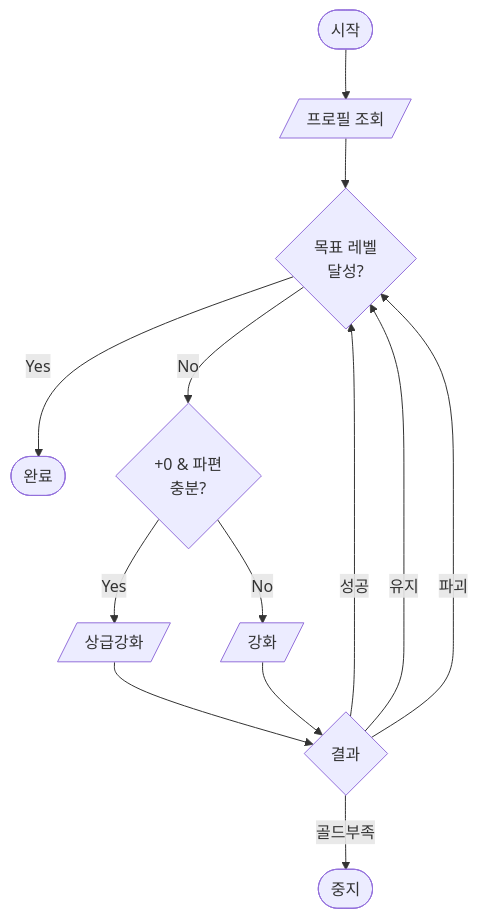
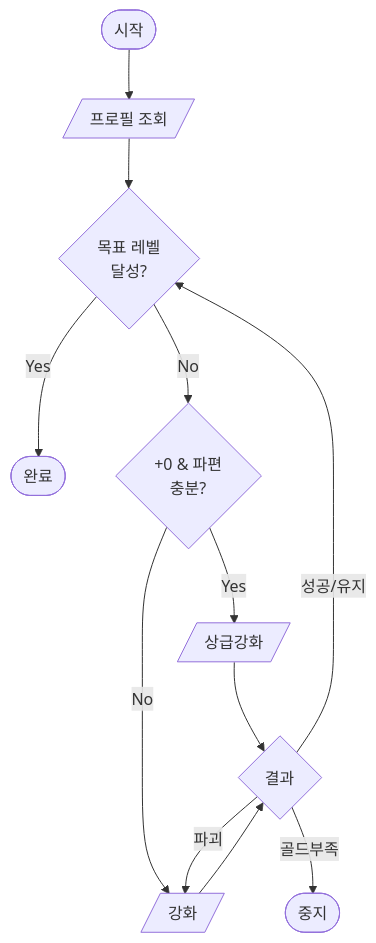
The first of 4 diagrams in README.md (bateaux-st/playbot_sword_upgrade_macro), drawn with Mermaid before and after one commit. The commit also changed other lines of this file and 2 other files, not shown here.

````diff
--- a/README.md
+++ b/README.md
@@ -66,15 +67,14 @@
 ```mermaid
 flowchart TD
     S([시작]) --> LOAD[/프로필 조회/]
     LOAD --> CHK{목표 레벨\n달성?}
     CHK -- Yes --> DONE([완료])
     CHK -- No --> ADV{+0 & 파편\n충분?}
     ADV -- Yes --> AE[/상급강화/]
     ADV -- No --> EN[/강화/]
     AE --> RES{결과}
     EN --> RES
-    RES -- 성공 --> CHK
-    RES -- 유지 --> CHK
-    RES -- 파괴 --> CHK
+    RES -- 성공/유지 --> CHK
+    RES -- 파괴 --> EN
     RES -- 골드부족 --> STOP([중지])
 ```
````
